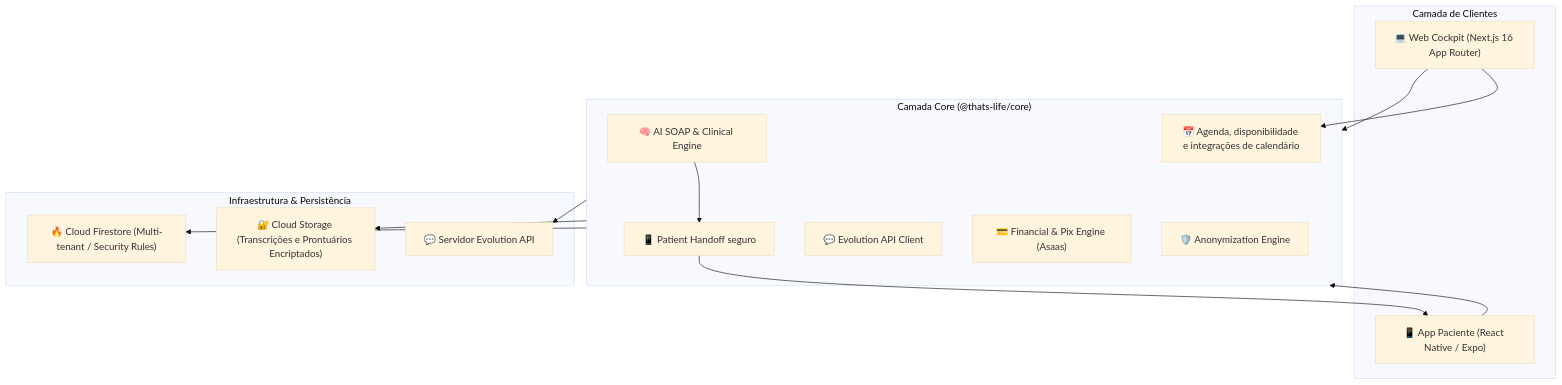
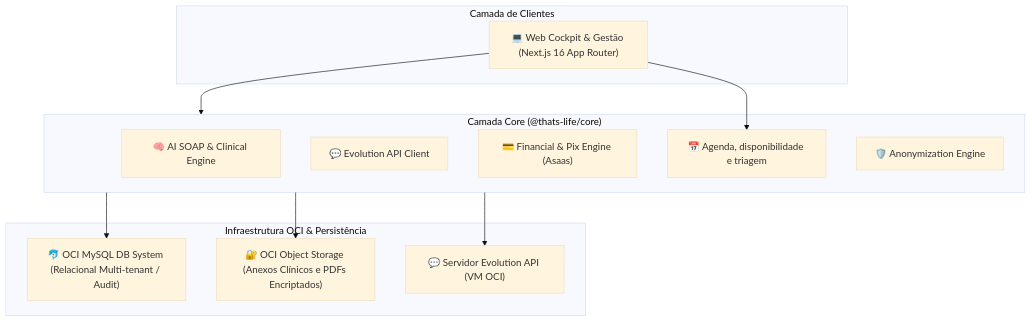
Before and after one commit to victoralmeidaj16/Clinica-viver: the first of 9 diagrams in docs/ARCHITECTURE.md, drawn with Mermaid (base theme). The commit also changed other lines of this file and 72 other files, not shown here.

````diff
--- a/docs/ARCHITECTURE.md
+++ b/docs/ARCHITECTURE.md
@@ -11,31 +22,26 @@
 ```mermaid
 flowchart TD
     subgraph ClientLayer ["Camada de Clientes"]
-        WEB["💻 Web Cockpit (Next.js 16 App Router)"]
-        MOBILE["📱 App Paciente (React Native / Expo)"]
+        WEB["💻 Web Cockpit & Gestão (Next.js 16 App Router)"]
     end
 
     subgraph ServiceLayer ["Camada Core (@thats-life/core)"]
         SOAP["🧠 AI SOAP & Clinical Engine"]
-        HANDOFF["📱 Patient Handoff seguro"]
         EVO["💬 Evolution API Client"]
-    FIN["💳 Financial & Pix Engine (Asaas)"]
-    SCHEDULE["📅 Agenda, disponibilidade e integrações de calendário"]
+        FIN["💳 Financial & Pix Engine (Asaas)"]
+        SCHEDULE["📅 Agenda, disponibilidade e triagem"]
         ANON["🛡️ Anonymization Engine"]
     end
 
-    subgraph InfraLayer ["Infraestrutura & Persistência"]
-        DB["🔥 Cloud Firestore (Multi-tenant / Security Rules)"]
-        STORAGE["🔐 Cloud Storage (Transcrições e Prontuários Encriptados)"]
-        EXT_EVO["💬 Servidor Evolution API"]
+    subgraph InfraLayer ["Infraestrutura OCI & Persistência"]
+        DB["🐬 OCI MySQL DB System (Relacional Multi-tenant / Audit)"]
+        STORAGE["🔐 OCI Object Storage (Anexos Clínicos e PDFs Encriptados)"]
+        EXT_EVO["💬 Servidor Evolution API (VM OCI)"]
     end
 
     WEB --> ServiceLayer
-    MOBILE --> ServiceLayer
-    SOAP --> HANDOFF
-    HANDOFF --> MOBILE
     WEB --> SCHEDULE
     ServiceLayer --> DB
     ServiceLayer --> STORAGE
     ServiceLayer --> EXT_EVO
 ```
````
